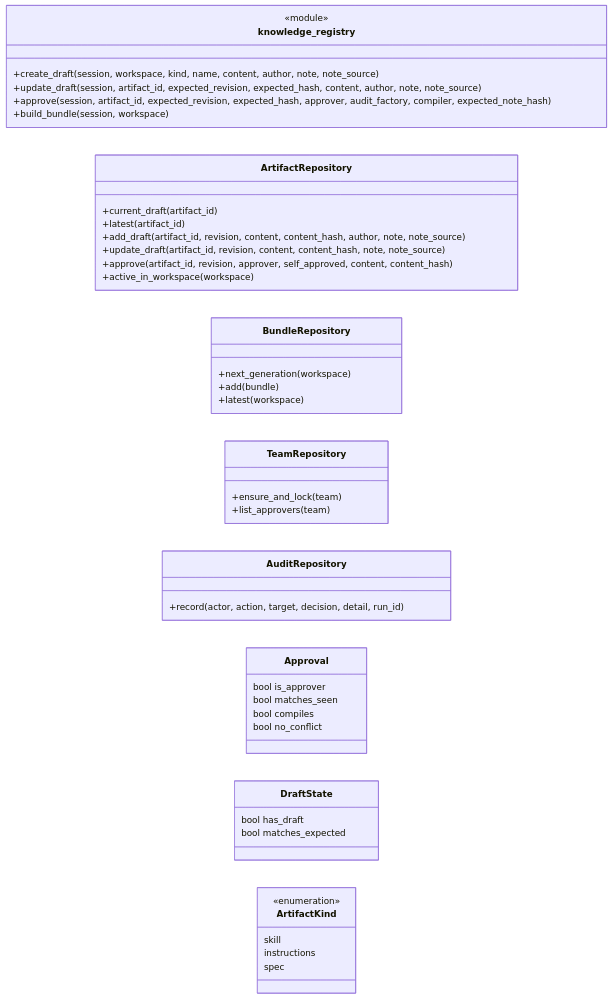
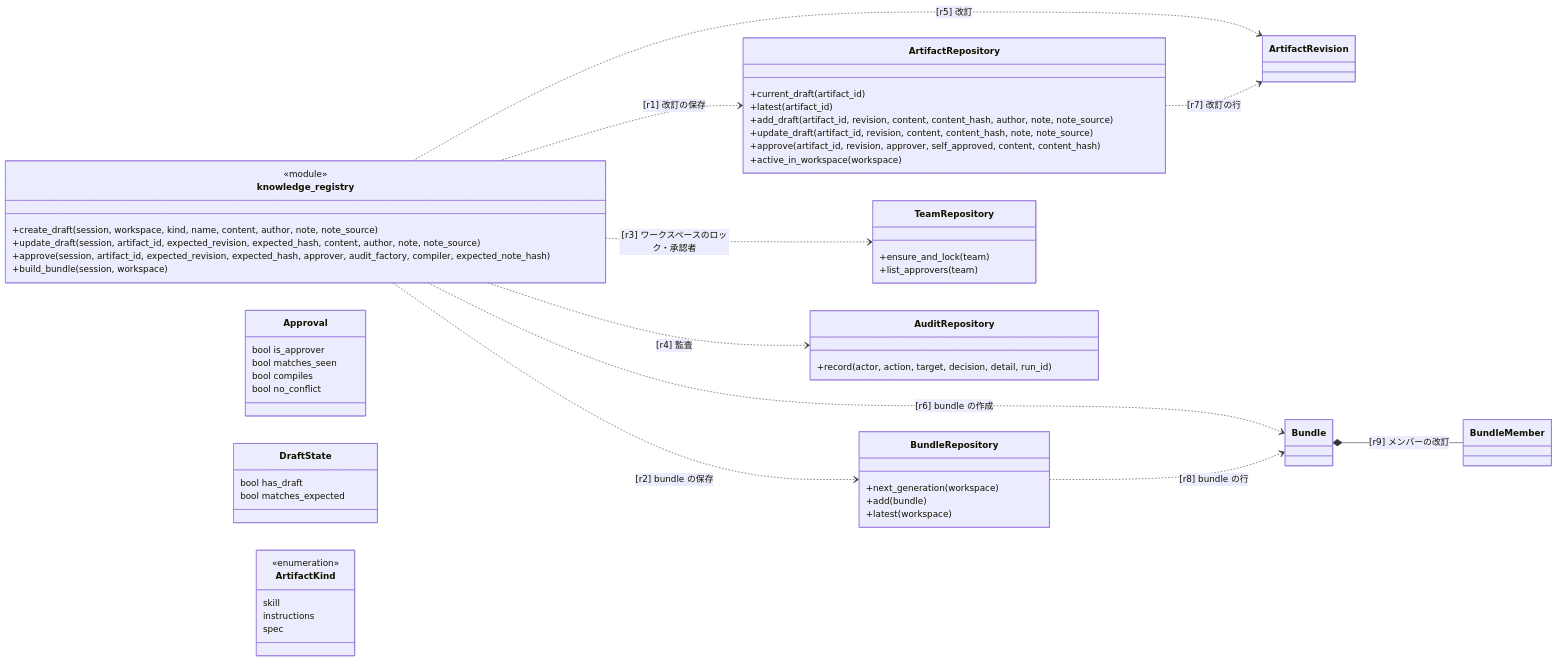
One commit to tanabe-yudai/speclino changed the first of 3 diagrams in .speclino/specs/spec-know-001.md. Above: the diagram before and after it, drawn with Mermaid. The commit also changed other lines of this file and 8 other files, not shown here.

````diff
--- a/.speclino/specs/spec-know-001.md
+++ b/.speclino/specs/spec-know-001.md
@@ -47,48 +48,60 @@
 ```mermaid
 %%@ id: know-vocab
 classDiagram
     direction LR
     class knowledge_registry {
         <<module>>
         +create_draft(session, workspace, kind, name, content, author, note, note_source)
         +update_draft(session, artifact_id, expected_revision, expected_hash, content, author, note, note_source)
         +approve(session, artifact_id, expected_revision, expected_hash, approver, audit_factory, compiler, expected_note_hash)
         +build_bundle(session, workspace)
     }
     class ArtifactRepository {
         +current_draft(artifact_id)
         +latest(artifact_id)
         +add_draft(artifact_id, revision, content, content_hash, author, note, note_source)
         +update_draft(artifact_id, revision, content, content_hash, note, note_source)
         +approve(artifact_id, revision, approver, self_approved, content, content_hash)
         +active_in_workspace(workspace)
     }
     class BundleRepository {
         +next_generation(workspace)
         +add(bundle)
         +latest(workspace)
     }
     class TeamRepository {
         +ensure_and_lock(team)
         +list_approvers(team)
     }
     class AuditRepository {
         +record(actor, action, target, decision, detail, run_id)
     }
     class Approval {
         bool is_approver
         bool matches_seen
         bool compiles
         bool no_conflict
     }
     class DraftState {
         bool has_draft
         bool matches_expected
     }
     class ArtifactKind {
         <<enumeration>>
         skill
         instructions
         spec
     }
+    class ArtifactRevision
+    class Bundle
+    class BundleMember
+    knowledge_registry ..> ArtifactRepository : [r1] 改訂の保存
+    knowledge_registry ..> BundleRepository : [r2] bundle の保存
+    knowledge_registry ..> TeamRepository : [r3] ワークスペースのロック・承認者
+    knowledge_registry ..> AuditRepository : [r4] 監査
+    knowledge_registry ..> ArtifactRevision : [r5] 改訂
+    knowledge_registry ..> Bundle : [r6] bundle の作成
+    ArtifactRepository ..> ArtifactRevision : [r7] 改訂の行
+    BundleRepository ..> Bundle : [r8] bundle の行
+    Bundle *-- BundleMember : [r9] メンバーの改訂
 ```
````
